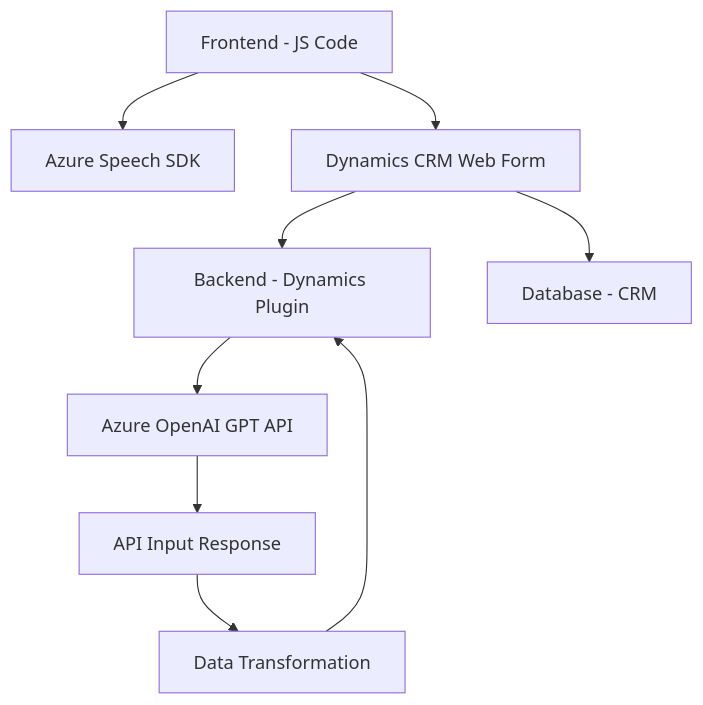
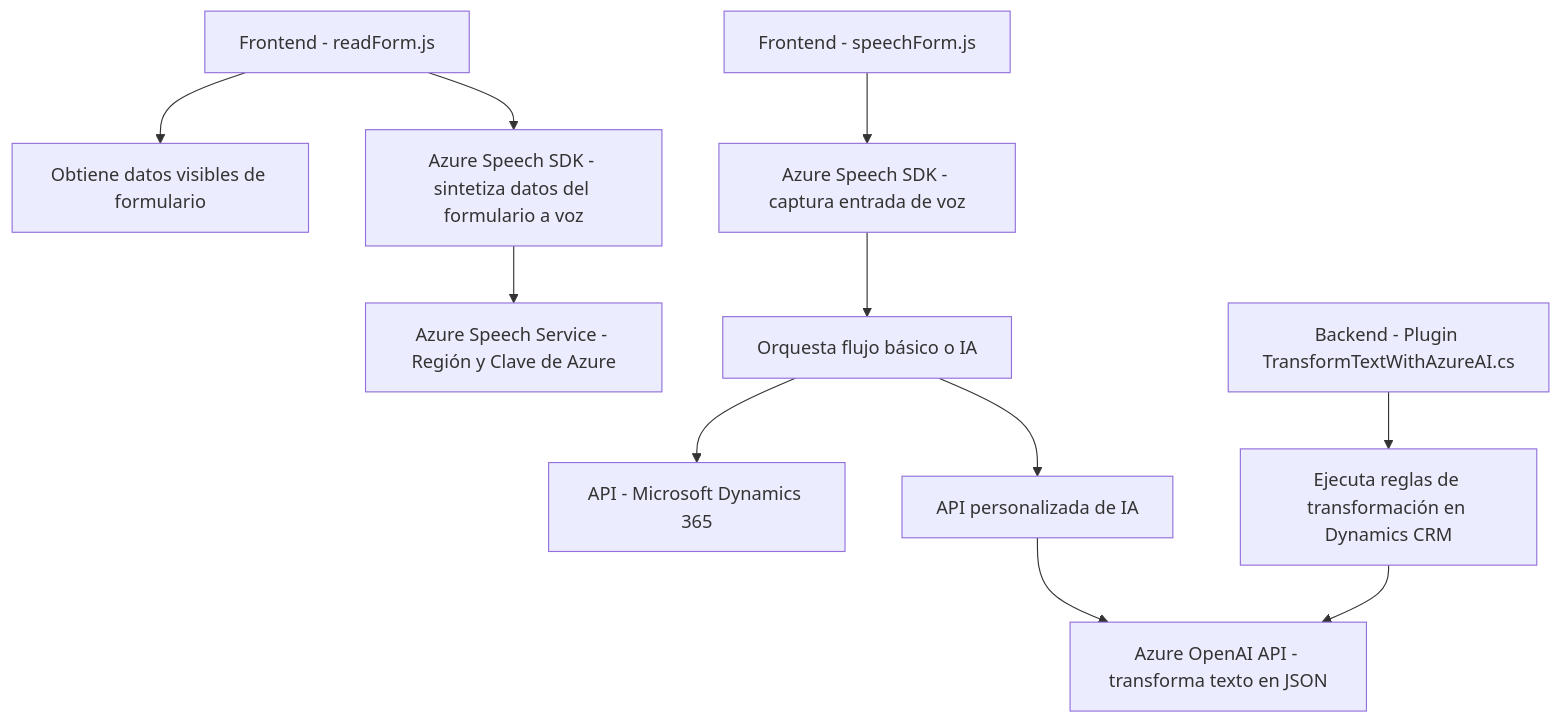
Before and after one commit to blopezdm/NETCORE_BILBAO2025: the diagram in README.md, drawn with Mermaid. The commit also changed other lines of this file, not shown here.

````diff
--- a/README.md
+++ b/README.md
@@ -48,20 +35,15 @@
 ```mermaid
 graph TD
-    A[Frontend - JS Code]
-    B[Azure Speech SDK]
-    C["Dynamics CRM Web Form"]
-    D[Backend - Dynamics Plugin]
-    E["Azure OpenAI GPT API"]
-    F[API Input Response]
-    G[Data Transformation]
-    H[Database - CRM]
-    
-    A --> B
-    A --> C
-    C --> D
-    C --> H
-    D --> E
-    E --> F
-    F --> G
-    G --> D
+    A["Frontend - readForm.js"] --> B["Obtiene datos visibles de formulario"]
+    A --> C["Azure Speech SDK - sintetiza datos del formulario a voz"]
+    C --> D["Azure Speech Service - Región y Clave de Azure"]
+
+    E["Frontend - speechForm.js"] --> F["Azure Speech SDK - captura entrada de voz"]
+    F --> G["Orquesta flujo básico o IA"]
+    G --> H["API - Microsoft Dynamics 365"]
+    G --> I["API personalizada de IA"]
+    I --> J["Azure OpenAI API - transforma texto en JSON"]
+
+    K["Backend - Plugin TransformTextWithAzureAI.cs"] --> L["Ejecuta reglas de transformación en Dynamics CRM"]
+    L --> J
 ```
````
